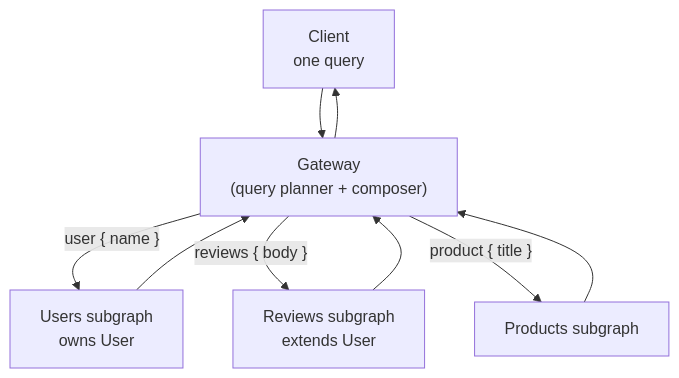
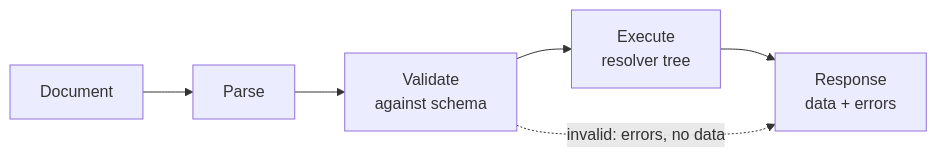
The second of 5 diagrams in github-pages/docs/api-design/graphql.md (AndrewAltimit/Documentation), drawn with Mermaid before and after one commit. The commit also changed other lines of this file and 240 other files, not shown here.

````diff
--- a/github-pages/docs/api-design/graphql.md
+++ b/github-pages/docs/api-design/graphql.md
@@ -347,11 +262,5 @@
 ```mermaid
-flowchart TD
-    Client["Client<br/>one query"] --> GW["Gateway<br/>(query planner + composer)"]
-    GW -->|"user { name }"| Users["Users subgraph<br/>owns User"]
-    GW -->|"reviews { body }"| Reviews["Reviews subgraph<br/>extends User"]
-    GW -->|"product { title }"| Products["Products subgraph"]
-    Users --> GW
-    Reviews --> GW
-    Products --> GW
-    GW --> Client
+flowchart LR
+    Doc["Document"] --> Parse["Parse"] --> Val["Validate<br/>against schema"] --> Exec["Execute<br/>resolver tree"] --> Res["Response<br/>data + errors"]
+    Val -. "invalid: errors, no data" .-> Res
 ```
````
